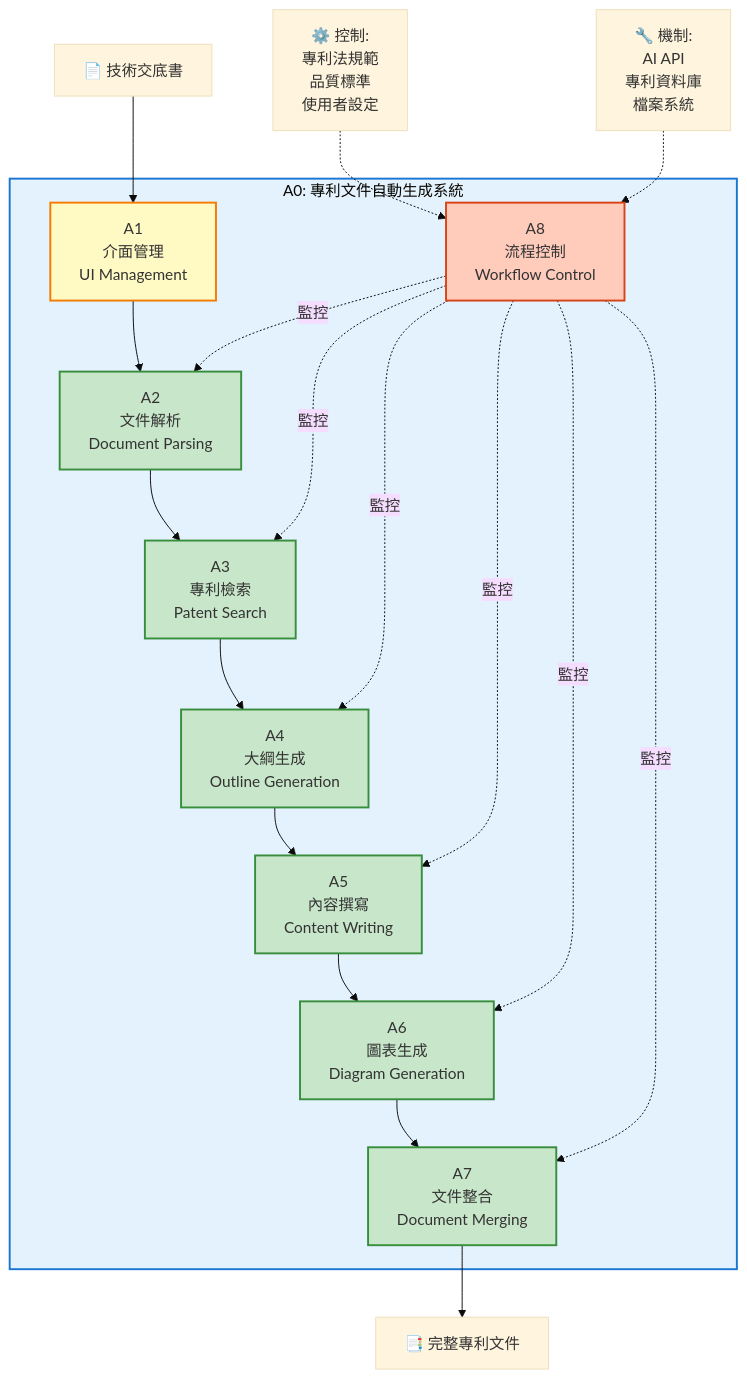
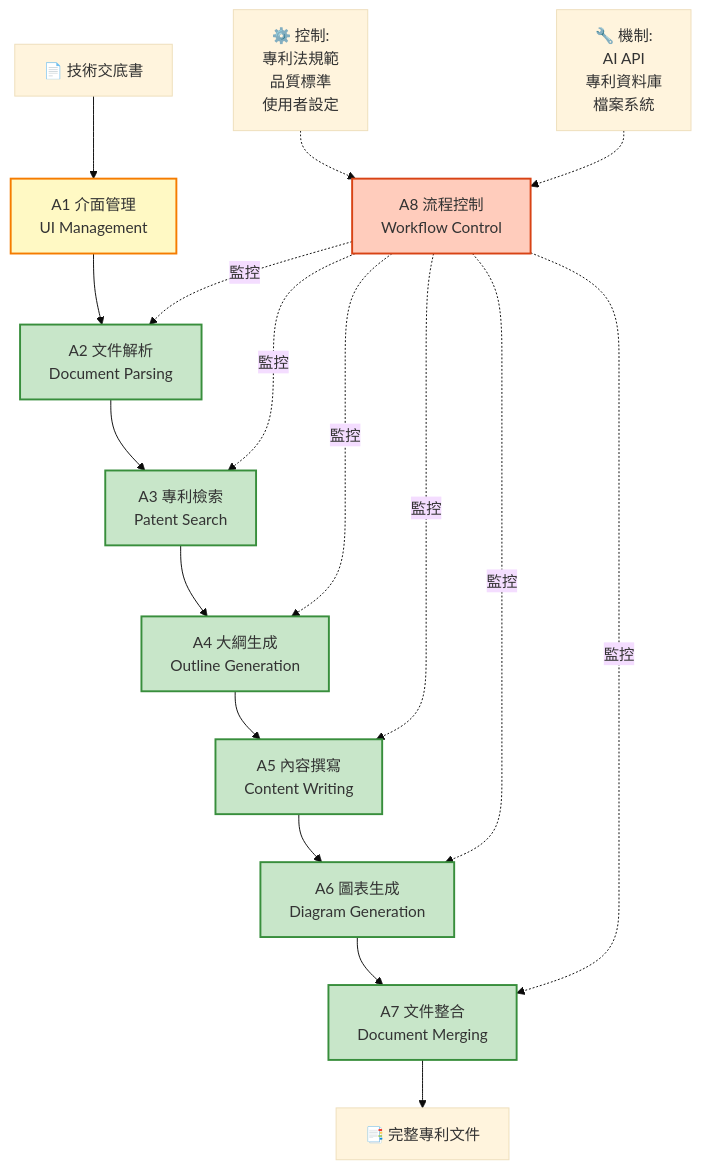
Before and after one commit to Raw1mage/PatentDrafter: the second of 5 diagrams in docs/A0_system_idef0.md, drawn with Mermaid (base theme). The commit also changed 1 other file, not shown here.

Commit message:
修復 Mermaid 圖表渲染問題 - 使用 flowchart 語法替代 graph + subgraph

````diff
--- a/docs/A0_system_idef0.md
+++ b/docs/A0_system_idef0.md
@@ -119,42 +119,31 @@
 ```mermaid
-graph TB
-    subgraph A0["A0: 專利文件自動生成系統"]
-        A1["A1<br/>介面管理<br/>UI Management"]
-        A2["A2<br/>文件解析<br/>Document Parsing"]
-        A3["A3<br/>專利檢索<br/>Patent Search"]
-        A4["A4<br/>大綱生成<br/>Outline Generation"]
-        A5["A5<br/>內容撰寫<br/>Content Writing"]
-        A6["A6<br/>圖表生成<br/>Diagram Generation"]
-        A7["A7<br/>文件整合<br/>Document Merging"]
-        A8["A8<br/>流程控制<br/>Workflow Control"]
-    end
+flowchart TB
+    Input["📄 技術交底書"] --> A1
 
-    Input["📄 技術交底書"] --> A1
-    A1 --> A2
-    A2 --> A3
-    A3 --> A4
-    A4 --> A5
-    A5 --> A6
-    A6 --> A7
+    A1["A1 介面管理<br/>UI Management"] --> A2["A2 文件解析<br/>Document Parsing"]
+    A2 --> A3["A3 專利檢索<br/>Patent Search"]
+    A3 --> A4["A4 大綱生成<br/>Outline Generation"]
+    A4 --> A5["A5 內容撰寫<br/>Content Writing"]
+    A5 --> A6["A6 圖表生成<br/>Diagram Generation"]
+    A6 --> A7["A7 文件整合<br/>Document Merging"]
     A7 --> Output["📑 完整專利文件"]
 
-    A8 -.監控.-> A2
+    A8["A8 流程控制<br/>Workflow Control"] -.監控.-> A2
     A8 -.監控.-> A3
     A8 -.監控.-> A4
     A8 -.監控.-> A5
     A8 -.監控.-> A6
     A8 -.監控.-> A7
 
     Control["⚙️ 控制:<br/>專利法規範<br/>品質標準<br/>使用者設定"] -.-> A8
     Mechanism["🔧 機制:<br/>AI API<br/>專利資料庫<br/>檔案系統"] -.-> A8
 
-    style A0 fill:#E3F2FD,stroke:#1976D2,stroke-width:2px
     style A1 fill:#FFF9C4,stroke:#F57C00,stroke-width:2px
     style A2 fill:#C8E6C9,stroke:#388E3C,stroke-width:2px
     style A3 fill:#C8E6C9,stroke:#388E3C,stroke-width:2px
     style A4 fill:#C8E6C9,stroke:#388E3C,stroke-width:2px
     style A5 fill:#C8E6C9,stroke:#388E3C,stroke-width:2px
     style A6 fill:#C8E6C9,stroke:#388E3C,stroke-width:2px
     style A7 fill:#C8E6C9,stroke:#388E3C,stroke-width:2px
     style A8 fill:#FFCCBC,stroke:#D84315,stroke-width:2px
 ```
````
